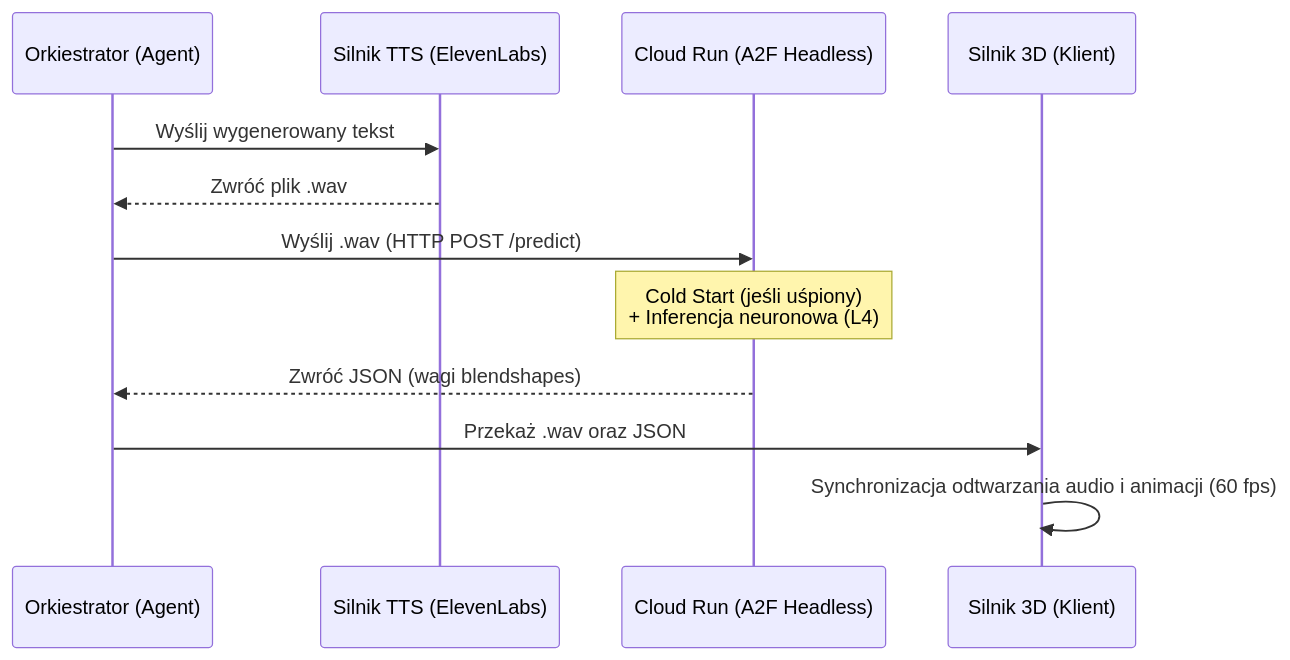
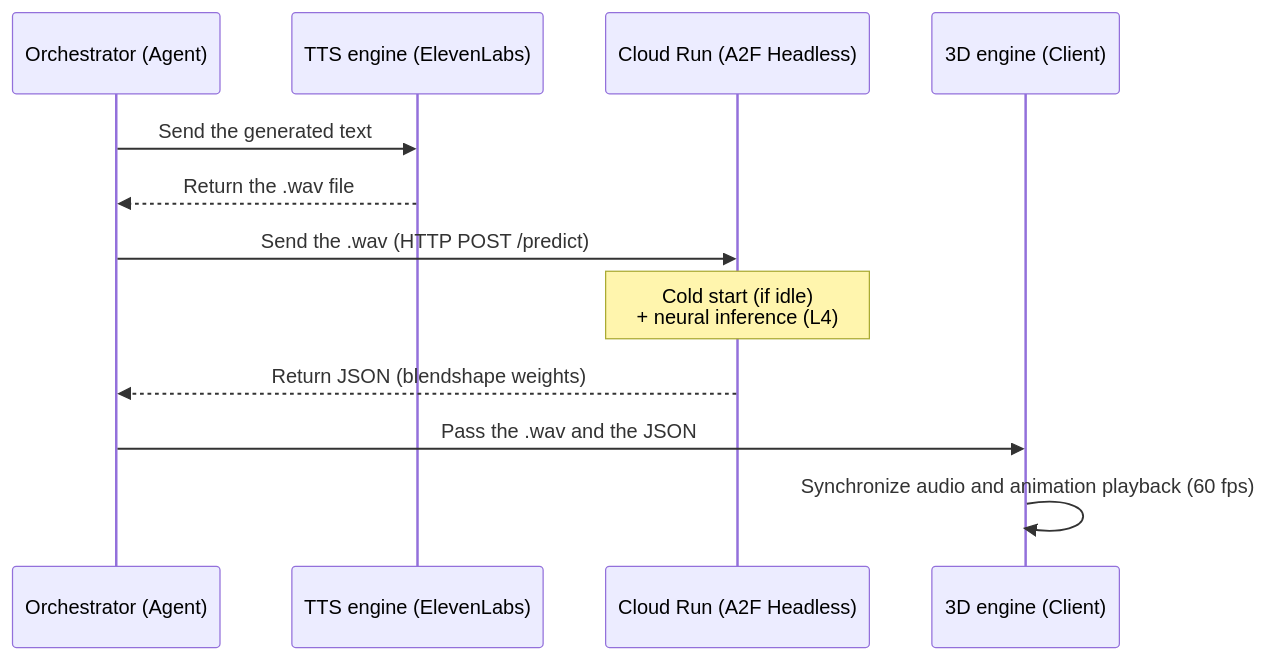
Before and after one commit to kpulka/Avatar: the diagram in docs/7-audio2face-cloudrun.md, drawn with Mermaid. The commit also changed other lines of this file and 3 other files, not shown here.

````diff
--- a/docs/7-audio2face-cloudrun.md
+++ b/docs/7-audio2face-cloudrun.md
@@ -30,15 +30,15 @@
 ```mermaid
 sequenceDiagram
-    participant O as Orkiestrator (Agent)
-    participant TTS as Silnik TTS (ElevenLabs)
+    participant O as Orchestrator (Agent)
+    participant TTS as TTS engine (ElevenLabs)
     participant GCP as Cloud Run (A2F Headless)
-    participant 3D as Silnik 3D (Klient)
+    participant 3D as 3D engine (Client)
 
-    O->>TTS: Wyślij wygenerowany tekst
-    TTS-->>O: Zwróć plik .wav
-    O->>GCP: Wyślij .wav (HTTP POST /predict)
-    note over GCP: Cold Start (jeśli uśpiony)<br/>+ Inferencja neuronowa (L4)
-    GCP-->>O: Zwróć JSON (wagi blendshapes)
-    O->>3D: Przekaż .wav oraz JSON
-    3D->>3D: Synchronizacja odtwarzania audio i animacji (60 fps)
+    O->>TTS: Send the generated text
+    TTS-->>O: Return the .wav file
+    O->>GCP: Send the .wav (HTTP POST /predict)
+    note over GCP: Cold start (if idle)<br/>+ neural inference (L4)
+    GCP-->>O: Return JSON (blendshape weights)
+    O->>3D: Pass the .wav and the JSON
+    3D->>3D: Synchronize audio and animation playback (60 fps)
 ```
````
